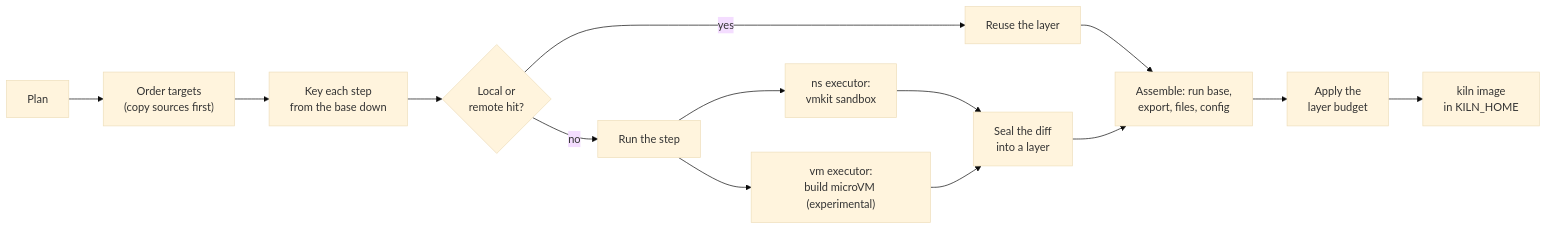
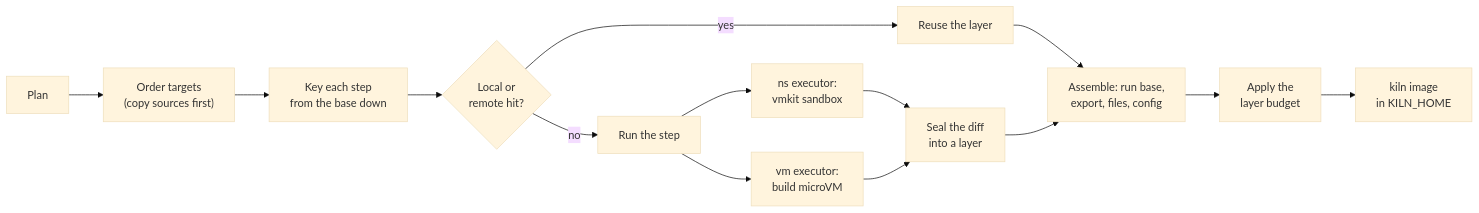
Before and after one commit to AlfonsoCampodonico/potter: the third of 6 diagrams in README.md, drawn with Mermaid (base theme). The commit also changed other lines of this file and 4 other files, not shown here.

Commit message:
feat(cli): --executor vm builds in kiln build-mode microVMs (--kernel, --kiln-init, --vmm)

````diff
--- a/README.md
+++ b/README.md
@@ -145,16 +145,16 @@
 ```mermaid
 flowchart LR
     plan["Plan"] --> order["Order targets<br/>(copy sources first)"]
     order --> keys["Key each step<br/>from the base down"]
     keys --> hit{"Local or<br/>remote hit?"}
     hit -- yes --> reuse["Reuse the layer"]
     hit -- no --> run["Run the step"]
     run --> ns["ns executor:<br/>vmkit sandbox"]
-    run --> vm["vm executor:<br/>build microVM (experimental)"]
+    run --> vm["vm executor:<br/>build microVM"]
     ns --> seal["Seal the diff<br/>into a layer"]
     vm --> seal
     reuse --> assemble["Assemble: run base,<br/>export, files, config"]
     seal --> assemble
     assemble --> budget["Apply the<br/>layer budget"]
     budget --> image["kiln image<br/>in KILN_HOME"]
 ```
````
